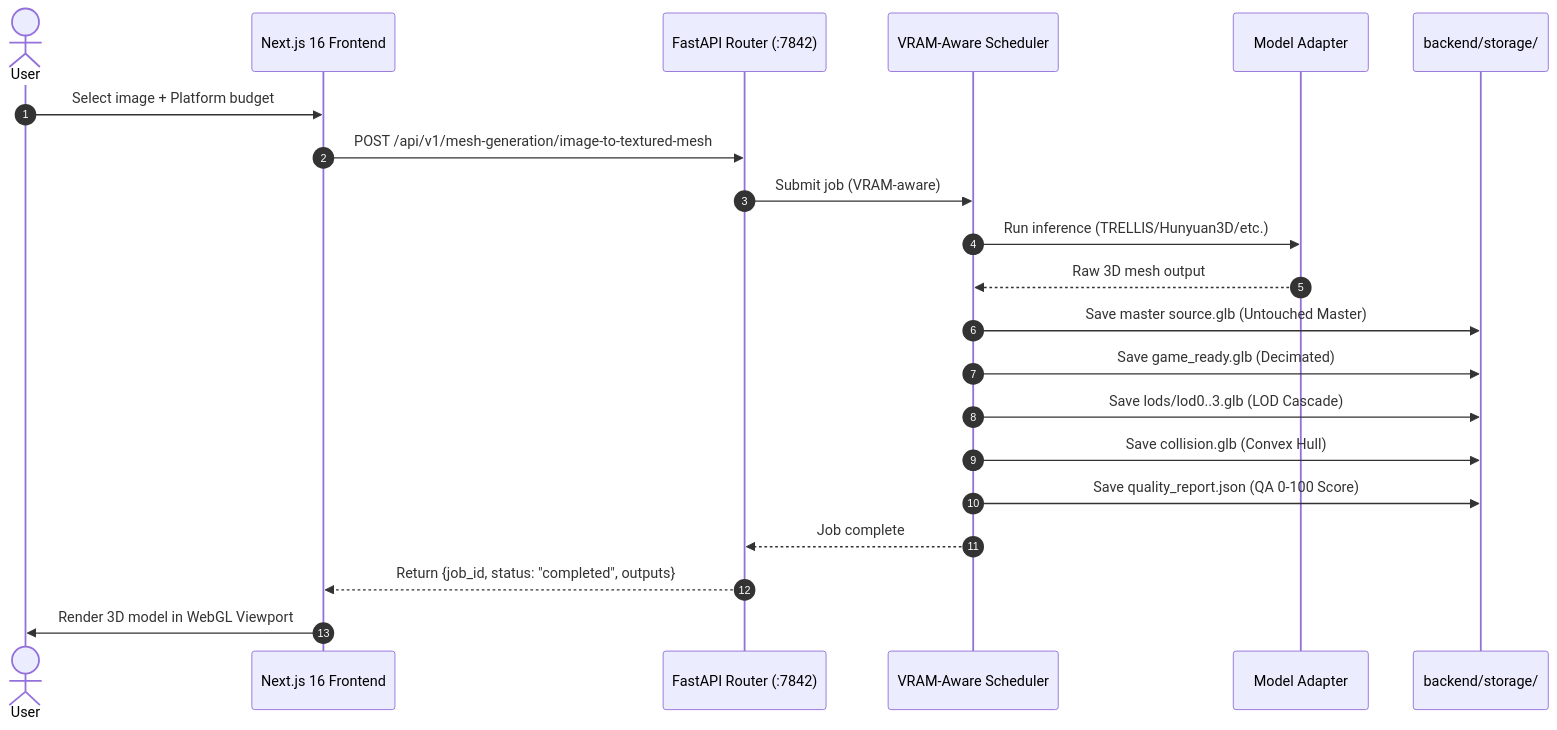
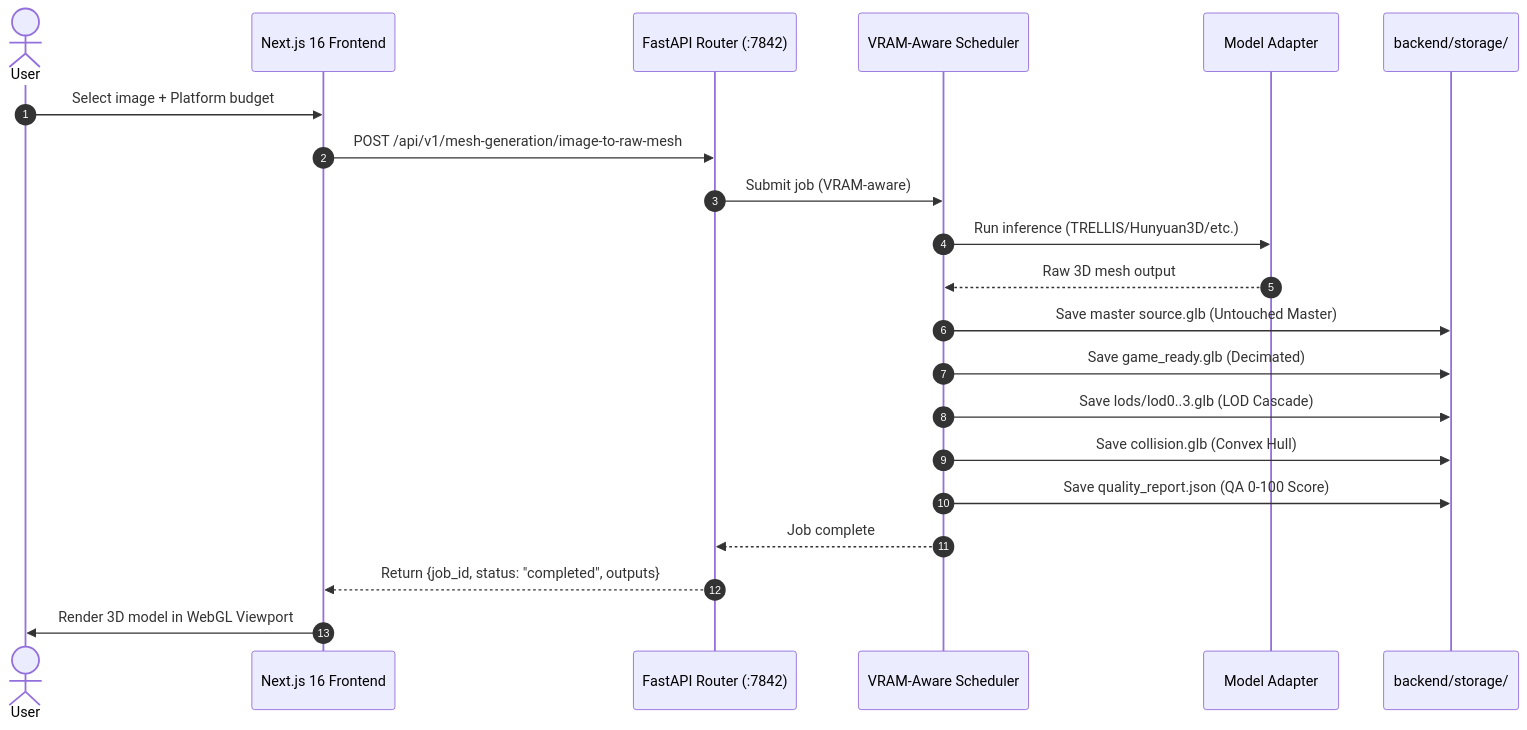
Before and after one commit to Silentzx2/ForMash3D: the second of 3 diagrams in Docs/SYSTEM-BLUEPRINT.md, drawn with Mermaid. The commit also changed other lines of this file and 28 other files, not shown here.

````diff
--- a/Docs/SYSTEM-BLUEPRINT.md
+++ b/Docs/SYSTEM-BLUEPRINT.md
@@ -109,24 +109,24 @@
 ```mermaid
 sequenceDiagram
     autonumber
     actor User
     participant Frontend as Next.js 16 Frontend
     participant API as FastAPI Router (:7842)
     participant SCHED as VRAM-Aware Scheduler
     participant Adapter as Model Adapter
     participant Storage as backend/storage/
 
     User->>Frontend: Select image + Platform budget
-    Frontend->>API: POST /api/v1/mesh-generation/image-to-textured-mesh
+    Frontend->>API: POST /api/v1/mesh-generation/image-to-raw-mesh
     API->>SCHED: Submit job (VRAM-aware)
     SCHED->>Adapter: Run inference (TRELLIS/Hunyuan3D/etc.)
     Adapter-->>SCHED: Raw 3D mesh output
     SCHED->>Storage: Save master source.glb (Untouched Master)
     SCHED->>Storage: Save game_ready.glb (Decimated)
     SCHED->>Storage: Save lods/lod0..3.glb (LOD Cascade)
     SCHED->>Storage: Save collision.glb (Convex Hull)
     SCHED->>Storage: Save quality_report.json (QA 0-100 Score)
     SCHED-->>API: Job complete
     API-->>Frontend: Return {job_id, status: "completed", outputs}
     Frontend->>User: Render 3D model in WebGL Viewport
 ```
````
